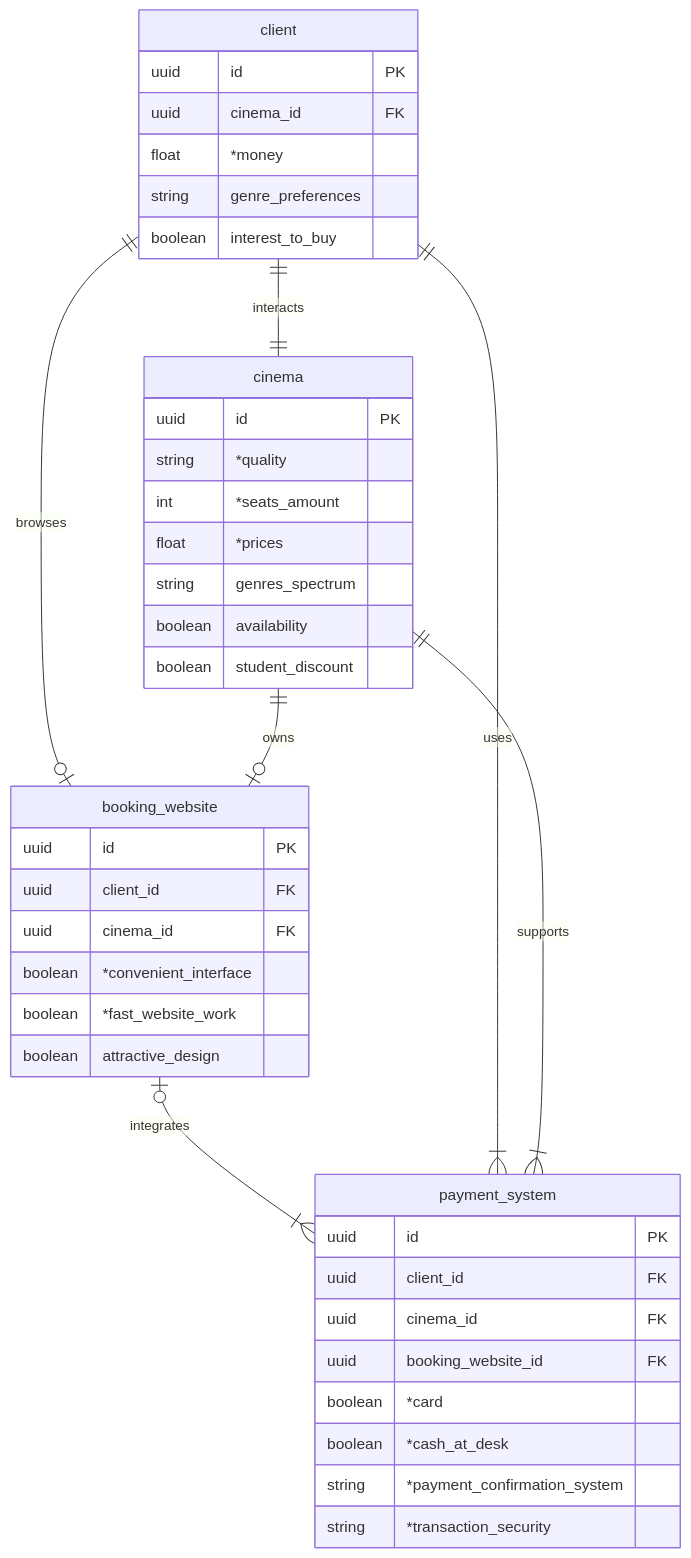
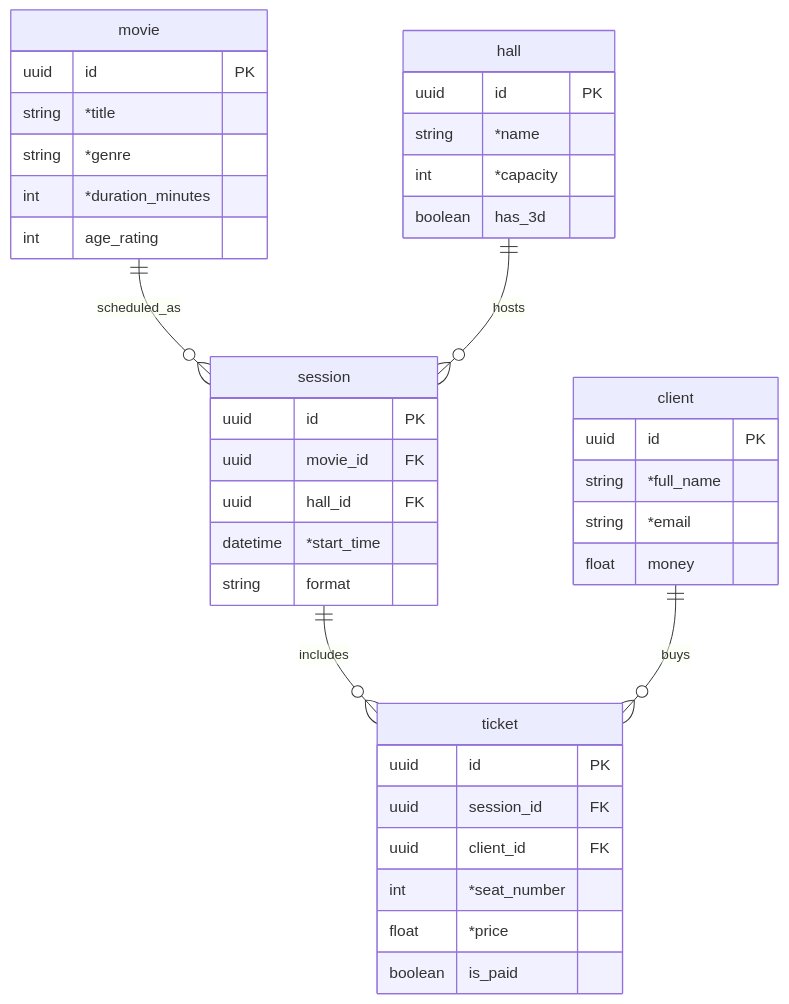
Before and after one commit to Cheburek534/KPI2_labs: the diagram in Lab1/model.mmd, drawn with Mermaid.

Commit message:
New diagram(AI)
Updated the entity-relationship diagram to include new entities and relationships, such as movie, hall, session, and ticket. Modified existing entities to reflect changes in attributes.

```diff
--- a/Lab1/model.mmd
+++ b/Lab1/model.mmd
@@ -1,45 +1,40 @@
 erDiagram
-    booking_website o|--|{ payment_system : integrates
-    
-    client ||--|| cinema : interacts
-    
-    client ||--o| booking_website : browses
-    cinema ||--o| booking_website : owns
-    
-    client ||--|{ payment_system : uses
-    cinema ||--|{ payment_system : supports
+    movie ||--o{ session : scheduled_as
+    hall ||--o{ session : hosts
+    session ||--o{ ticket : includes
+    client ||--o{ ticket : buys
 
     client {
         uuid id PK
-        uuid cinema_id FK
-        float *money
-        string genre_preferences
-        boolean interest_to_buy
+        string *full_name
+        string *email
+        float money
     }
-    cinema {
+    movie {
         uuid id PK
-        string *quality
-        int *seats_amount
-        float *prices
-        string genres_spectrum
-        boolean availability
-        boolean student_discount
+        string *title
+        string *genre
+        int *duration_minutes
+        int age_rating
     }
-    payment_system {
+    hall {
         uuid id PK
+        string *name
+        int *capacity
+        boolean has_3d
+    }
+    session {
+        uuid id PK
+        uuid movie_id FK
+        uuid hall_id FK
+        datetime *start_time
+        string format
+    }
+    ticket {
+        uuid id PK
+        uuid session_id FK
         uuid client_id FK
-        uuid cinema_id FK
-        uuid booking_website_id FK
-        boolean *card
-        boolean *cash_at_desk
-        string *payment_confirmation_system
-        string *transaction_security
+        int *seat_number
+        float *price
+        boolean is_paid
     }
-    booking_website {
-        uuid id PK
-        uuid client_id FK
-        uuid cinema_id FK
-        boolean *convenient_interface
-        boolean *fast_website_work
-        boolean attractive_design
-    }
```
